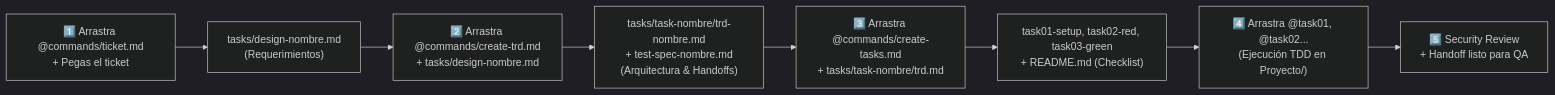
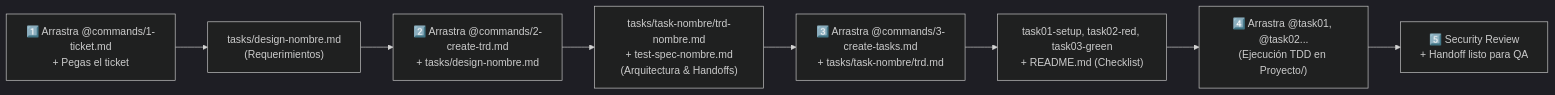
The second of 2 diagrams in README.md (NXT-pixel/Faena), drawn with Mermaid (dark theme) before and after one commit. The commit also changed other lines of this file and 10 other files, not shown here.

Commit message:
refactor(commands): Prefix commands with execution order numbers (1-ticket, 2-create-trd, 3-create-tasks, 4-update-context)

````diff
--- a/README.md
+++ b/README.md
@@ -71,10 +71,10 @@
 ```mermaid
 flowchart LR
-    C1["1️⃣ Arrastra @commands/ticket.md\n+ Pegas el ticket"] --> O1["tasks/design-nombre.md\n(Requerimientos)"]
-    O1 --> C2["2️⃣ Arrastra @commands/create-trd.md\n+ tasks/design-nombre.md"]
+    C1["1️⃣ Arrastra @commands/1-ticket.md\n+ Pegas el ticket"] --> O1["tasks/design-nombre.md\n(Requerimientos)"]
+    O1 --> C2["2️⃣ Arrastra @commands/2-create-trd.md\n+ tasks/design-nombre.md"]
     C2 --> O2["tasks/task-nombre/trd-nombre.md\n+ test-spec-nombre.md\n(Arquitectura & Handoffs)"]
-    O2 --> C3["3️⃣ Arrastra @commands/create-tasks.md\n+ tasks/task-nombre/trd.md"]
+    O2 --> C3["3️⃣ Arrastra @commands/3-create-tasks.md\n+ tasks/task-nombre/trd.md"]
     C3 --> O3["task01-setup, task02-red, task03-green\n+ README.md (Checklist)"]
     O3 --> C4["4️⃣ Arrastra @task01, @task02...\n(Ejecución TDD en Proyecto/)"]
     C4 --> O4["5️⃣ Security Review\n+ Handoff listo para QA"]
 ```
````
